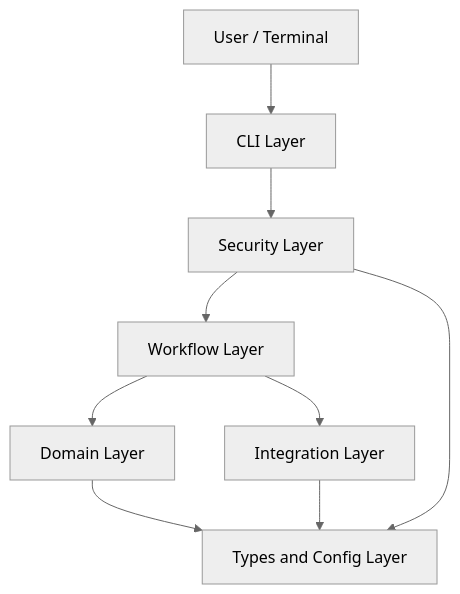
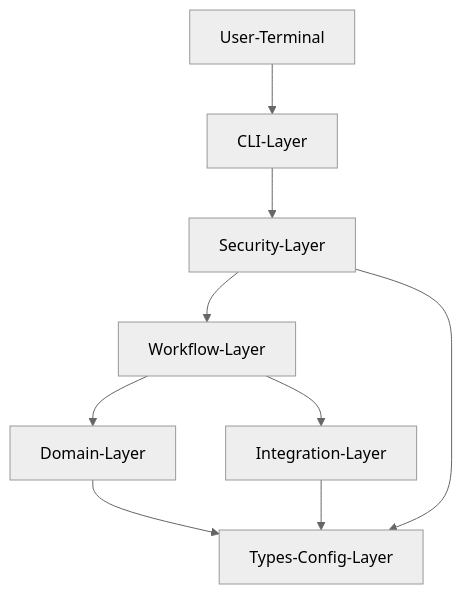
One commit to pandol69kim-bot/gitautopipe changed the third of 4 diagrams in 프로젝트 전체 구조도.md. Above: the diagram before and after it, drawn with Mermaid (neutral theme). The commit also changed other lines of this file and 1 other file, not shown here.

Commit message:
feat: Update project diagrams to improve Mermaid compatibility and clarity

````diff
--- a/프로젝트 전체 구조도.md
+++ b/프로젝트 전체 구조도.md
@@ -110,19 +91,18 @@
 ```mermaid
-flowchart TB
-  User["User / Terminal"]
-  CLI["CLI Layer"]
-  SecurityLayer["Security Layer"]
-  WorkflowLayer["Workflow Layer"]
-  DomainLayer["Domain Layer"]
-  IntegrationLayer["Integration Layer"]
-  TypesLayer["Types and Config Layer"]
-
-  User --> CLI
-  CLI --> SecurityLayer
-  SecurityLayer --> WorkflowLayer
-  WorkflowLayer --> DomainLayer
-  WorkflowLayer --> IntegrationLayer
-  DomainLayer --> TypesLayer
-  IntegrationLayer --> TypesLayer
-  SecurityLayer --> TypesLayer
+graph TD
+User[User-Terminal]
+CLI[CLI-Layer]
+SecurityLayer[Security-Layer]
+WorkflowLayer[Workflow-Layer]
+DomainLayer[Domain-Layer]
+IntegrationLayer[Integration-Layer]
+TypesLayer[Types-Config-Layer]
+User --> CLI
+CLI --> SecurityLayer
+SecurityLayer --> WorkflowLayer
+WorkflowLayer --> DomainLayer
+WorkflowLayer --> IntegrationLayer
+DomainLayer --> TypesLayer
+IntegrationLayer --> TypesLayer
+SecurityLayer --> TypesLayer
 ```
````
